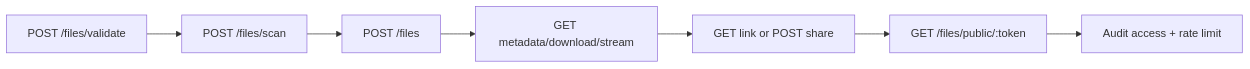
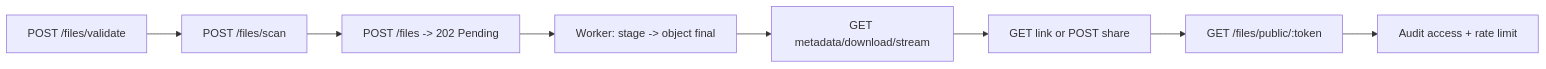
Before and after one commit to FarhadAhmadi/CleanArchitecture-Base: the first of 2 diagrams in docs/modules/Files-fa.md, drawn with Mermaid. The commit also changed other lines of this file and 35 other files, not shown here.

````diff
--- a/docs/modules/Files-fa.md
+++ b/docs/modules/Files-fa.md
@@ -88,9 +109,10 @@
 ```mermaid
 flowchart LR
     A[POST /files/validate] --> B[POST /files/scan]
-    B --> C[POST /files]
-    C --> D[GET metadata/download/stream]
-    D --> E[GET link or POST share]
-    E --> F[GET /files/public/:token]
-    F --> G[Audit access + rate limit]
+    B --> C[POST /files -> 202 Pending]
+    C --> D[Worker: stage -> object final]
+    D --> E[GET metadata/download/stream]
+    E --> F[GET link or POST share]
+    F --> G[GET /files/public/:token]
+    G --> H[Audit access + rate limit]
 ```
````
